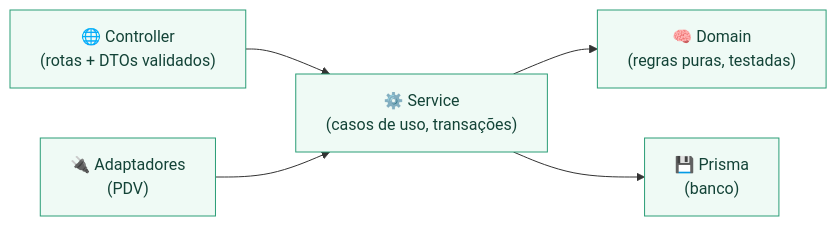
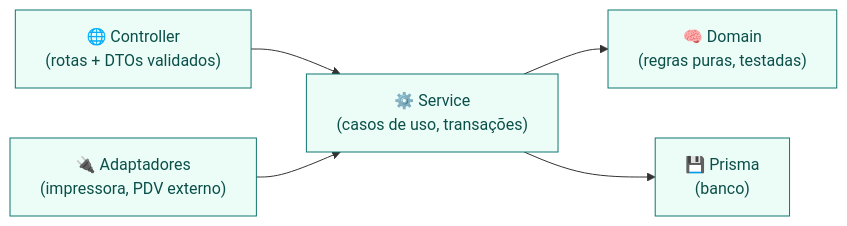
The third of 11 diagrams in README.md (tassiocarvalho/vl-estoque), drawn with Mermaid before and after one commit. The commit also changed other lines of this file and 109 other files, not shown here.

````diff
--- a/README.md
+++ b/README.md
@@ -226,10 +291,10 @@
 ```mermaid
 flowchart LR
     HTTP["🌐 Controller<br/>(rotas + DTOs validados)"] --> APP["⚙️ Service<br/>(casos de uso, transações)"]
     APP --> DOM["🧠 Domain<br/>(regras puras, testadas)"]
     APP --> INFRA["💾 Prisma<br/>(banco)"]
-    EXT["🔌 Adaptadores<br/>(PDV)"] --> APP
+    EXT["🔌 Adaptadores<br/>(impressora, PDV externo)"] --> APP
 
-    classDef c fill:#effaf5,stroke:#2a9d76,color:#134337
+    classDef c fill:#ecfdf8,stroke:#0f766e,color:#0b4f49
     class HTTP,APP,DOM,INFRA,EXT c
 ```
````
